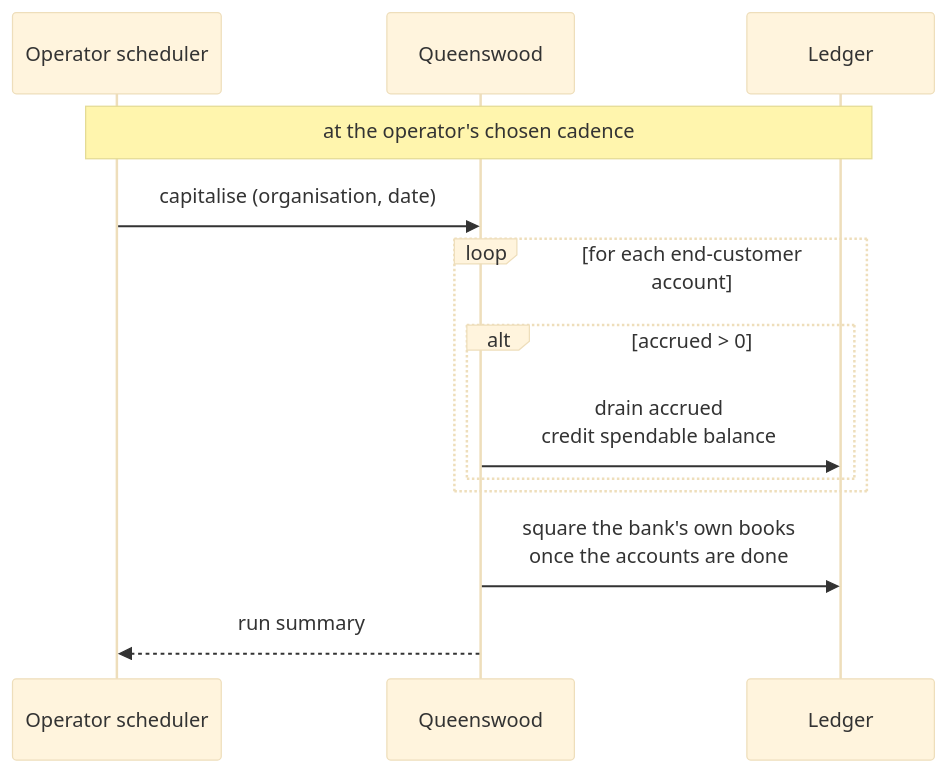
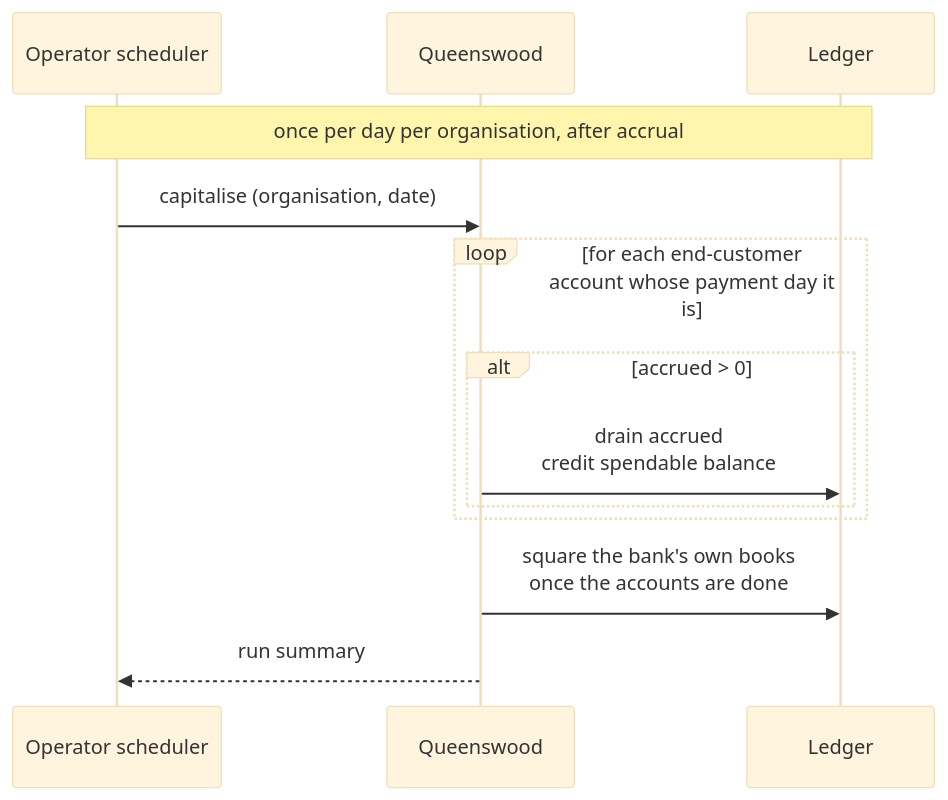
The second of 4 diagrams in docs/prd/interest.md (repldriven/queenswood), drawn with Mermaid (base theme) before and after one commit. The commit also changed other lines of this file and 1030 other files, not shown here.

````diff
--- a/docs/prd/interest.md
+++ b/docs/prd/interest.md
@@ -258,16 +302,16 @@
 ```mermaid
 sequenceDiagram
     participant Op as Operator scheduler
     participant Q as Queenswood
     participant L as Ledger
 
-    Note over Op,L: at the operator's chosen cadence
+    Note over Op,L: once per day per organisation, after accrual
     Op->>Q: capitalise (organisation, date)
-    loop for each end-customer account
+    loop for each end-customer account whose payment day it is
         alt accrued > 0
             Q->>L: drain accrued<br/>credit spendable balance
         end
     end
     Q->>L: square the bank's own books<br/>once the accounts are done
     Q-->>Op: run summary
 ```
````
